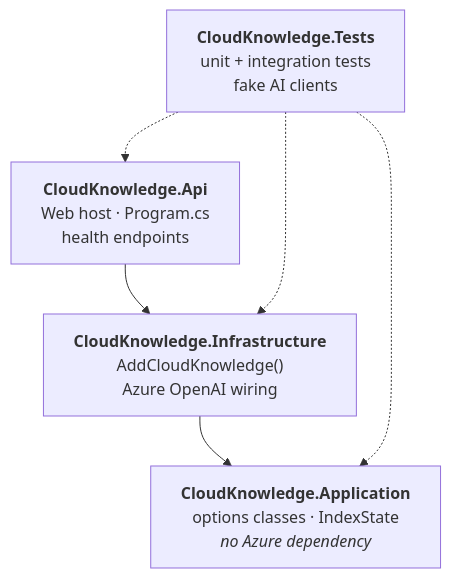
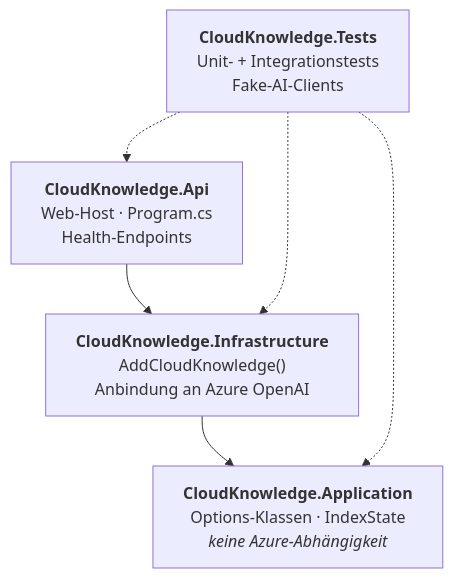
The second of 9 diagrams in README.md (MyOnlineRepo/RAG-API), drawn with Mermaid before and after one commit. The commit also changed other lines of this file, not shown here.

````diff
--- a/README.md
+++ b/README.md
@@ -58,13 +58,13 @@
 ```mermaid
 flowchart TB
-    Api["<b>CloudKnowledge.Api</b><br/>Web host · Program.cs<br/>health endpoints"]
-    Infra["<b>CloudKnowledge.Infrastructure</b><br/>AddCloudKnowledge()<br/>Azure OpenAI wiring"]
-    App["<b>CloudKnowledge.Application</b><br/>options classes · IndexState<br/><i>no Azure dependency</i>"]
-    Tests["<b>CloudKnowledge.Tests</b><br/>unit + integration tests<br/>fake AI clients"]
+    Api["<b>CloudKnowledge.Api</b><br/>Web-Host · Program.cs<br/>Health-Endpoints"]
+    Infra["<b>CloudKnowledge.Infrastructure</b><br/>AddCloudKnowledge()<br/>Anbindung an Azure OpenAI"]
+    App["<b>CloudKnowledge.Application</b><br/>Options-Klassen · IndexState<br/><i>keine Azure-Abhängigkeit</i>"]
+    Tests["<b>CloudKnowledge.Tests</b><br/>Unit- + Integrationstests<br/>Fake-AI-Clients"]
 
     Api --> Infra
     Infra --> App
     Tests -.-> Api
     Tests -.-> Infra
     Tests -.-> App
 ```
````
